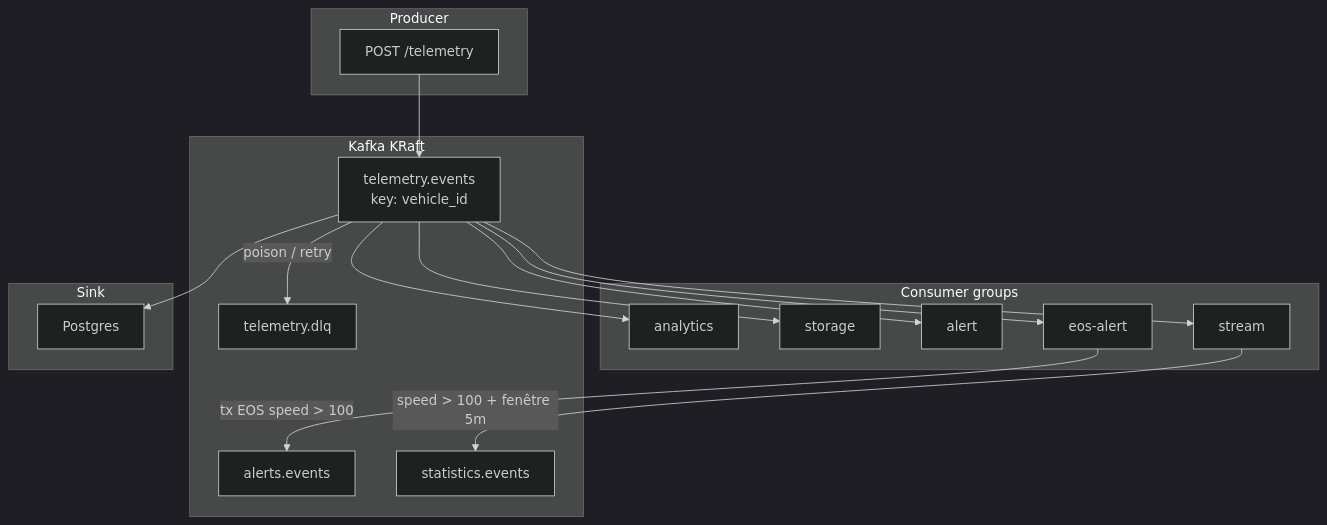
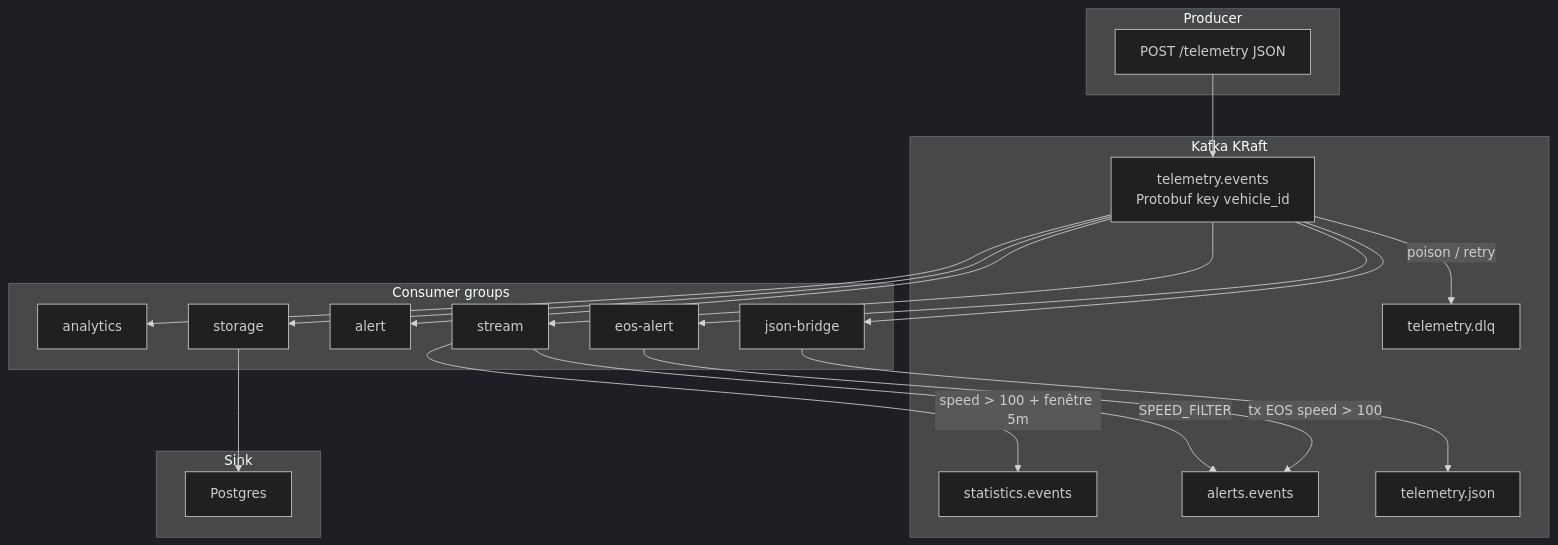
One commit to yves1da2vinci3/CityPulse changed the diagram in README.md. Above: the diagram before and after it, drawn with Mermaid (dark theme). The commit also changed other lines of this file, not shown here.

````diff
--- a/README.md
+++ b/README.md
@@ -43,32 +48,35 @@
 ```mermaid
 flowchart TB
     subgraph producer [Producer]
-        HTTP["POST /telemetry"]
+        HTTP["POST /telemetry JSON"]
     end
     subgraph kafka [Kafka KRaft]
-        Telemetry["telemetry.events\nkey: vehicle_id"]
+        Telemetry["telemetry.events\nProtobuf key vehicle_id"]
         DLQ["telemetry.dlq"]
         Alerts["alerts.events"]
         Stats["statistics.events"]
+        JSON["telemetry.json"]
     end
     subgraph consumers [Consumer groups]
         Analytics["analytics"]
         Storage["storage"]
         Alert["alert"]
         Stream["stream"]
         Eos["eos-alert"]
+        Bridge["json-bridge"]
     end
     subgraph sink [Sink]
         PG["Postgres"]
     end
     HTTP --> Telemetry
     Telemetry --> Analytics
-    Telemetry --> Storage
+    Telemetry --> Storage --> PG
     Telemetry --> Alert
     Telemetry --> Stream
     Telemetry --> Eos
+    Telemetry --> Bridge --> JSON
     Telemetry -->|"poison / retry"| DLQ
     Stream -->|"speed > 100 + fenêtre 5m"| Stats
+    Stream -->|"SPEED_FILTER"| Alerts
     Eos -->|"tx EOS speed > 100"| Alerts
-    Telemetry --> PG
 ```
````
